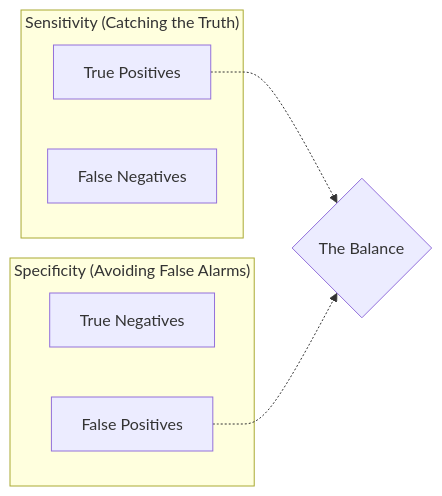
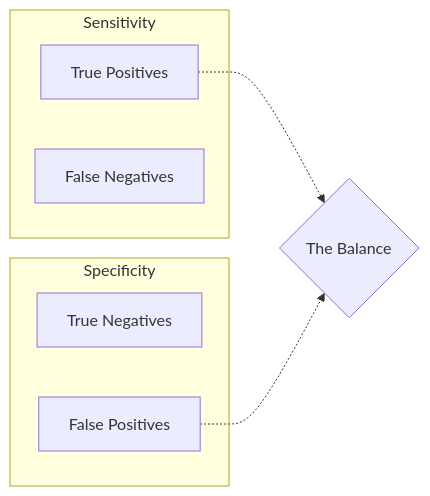
Before and after one commit to susanavenda/data_cambridge: diagram 13 of 14 in README.md, drawn with Mermaid. The commit also changed other lines of this file, not shown here.

````diff
--- a/README.md
+++ b/README.md
@@ -336,16 +253,14 @@
 ```mermaid
 graph LR
-    subgraph "Sensitivity (Catching the Truth)"
+    subgraph "Sensitivity"
     TP[True Positives]
     FN[False Negatives]
     end
-    
-    subgraph "Specificity (Avoiding False Alarms)"
+    subgraph "Specificity"
     TN[True Negatives]
     FP[False Positives]
     end
-    
     TP -.-> Tradeoff{The Balance}
     FP -.-> Tradeoff
 
 ```
````
